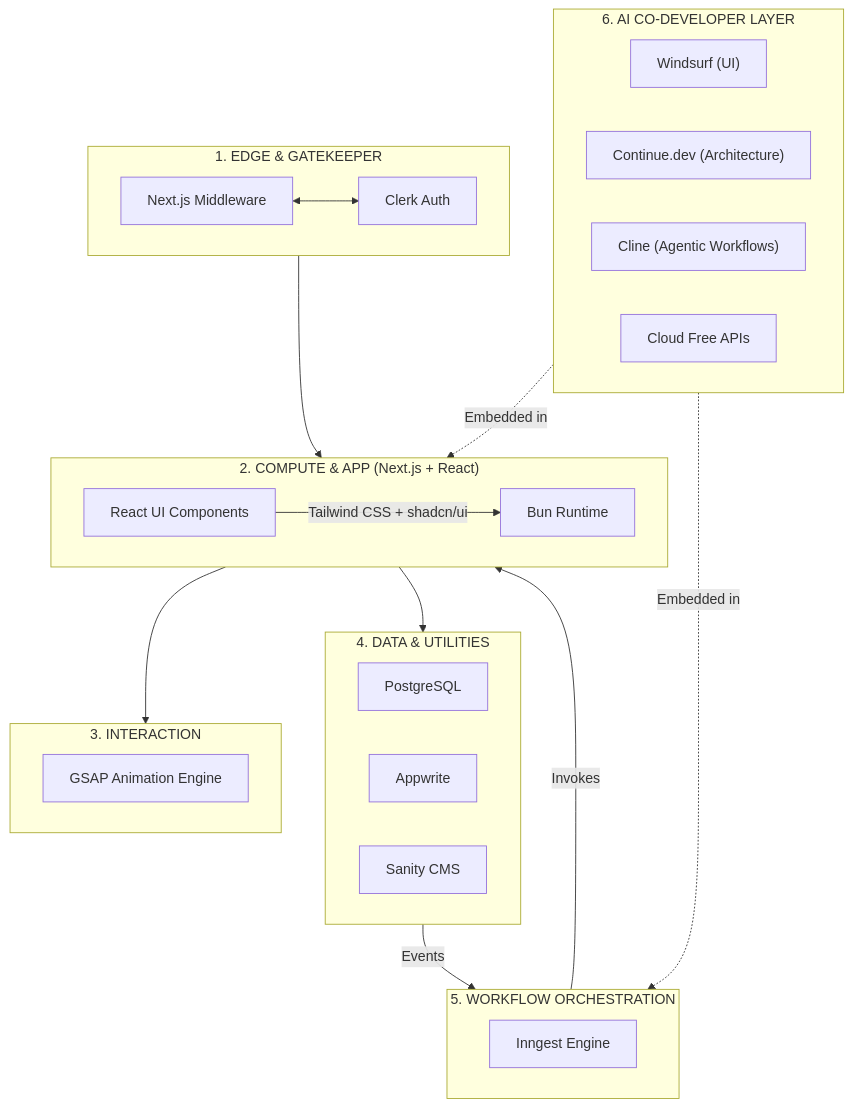
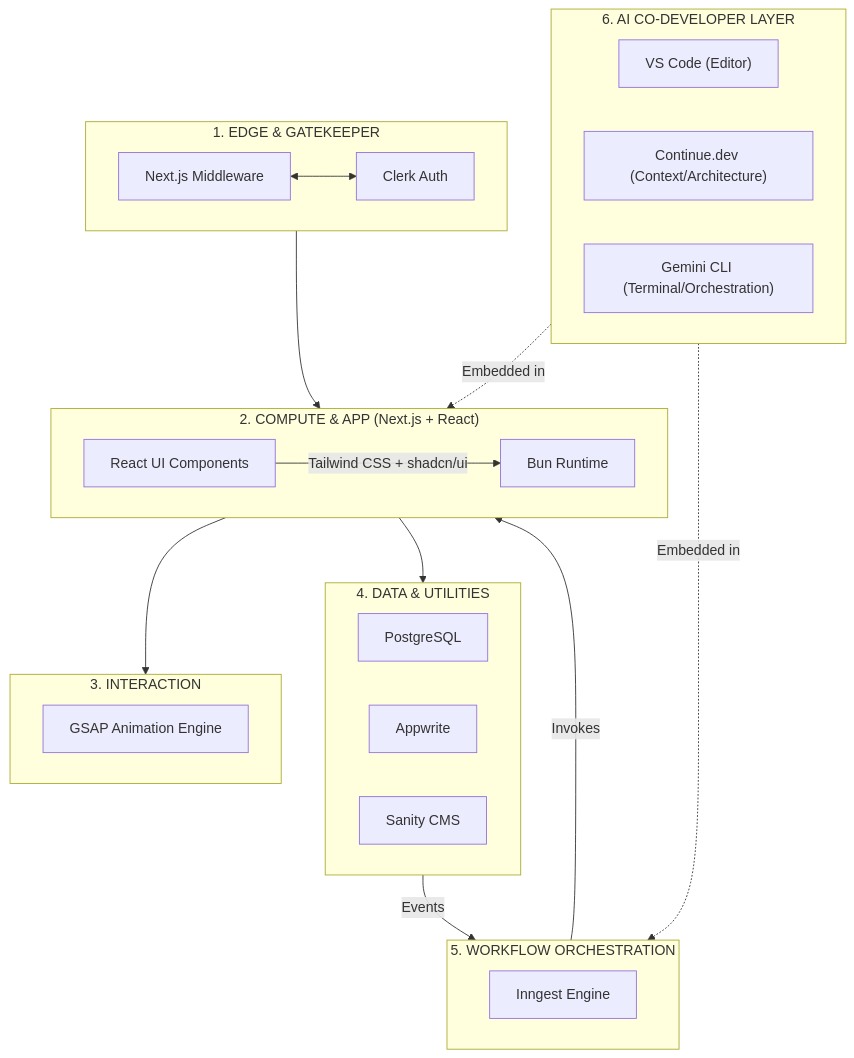
One commit to seanwhs/Plans changed the diagram in My-Tech-Stack.md. Above: the diagram before and after it, drawn with Mermaid. The commit also changed other lines of this file, not shown here.

````diff
--- a/My-Tech-Stack.md
+++ b/My-Tech-Stack.md
@@ -25,33 +47,32 @@
 ```mermaid
 flowchart TB
     subgraph EDGE["1. EDGE & GATEKEEPER"]
         M["Next.js Middleware"] <--> C["Clerk Auth"]
     end
     subgraph CL["2. COMPUTE & APP (Next.js + React)"]
         A["React UI Components"] -->|Tailwind CSS + shadcn/ui| B["Bun Runtime"]
     end
     subgraph MOTION["3. INTERACTION"]
         GS["GSAP Animation Engine"]
     end
     subgraph DATA["4. DATA & UTILITIES"]
         E["PostgreSQL"]
         D["Appwrite"]
         F["Sanity CMS"]
     end
     subgraph ORCH["5. WORKFLOW ORCHESTRATION"]
         G["Inngest Engine"]
     end
     subgraph AI["6. AI CO-DEVELOPER LAYER"]
-        W["Windsurf (UI)"]
-        Cont["Continue.dev (Architecture)"]
-        Cl["Cline (Agentic Workflows)"]
-        Cloud["Cloud Free APIs"]
+        VS["VS Code (Editor)"]
+        Cont["Continue.dev (Context/Architecture)"]
+        Gem["Gemini CLI (Terminal/Orchestration)"]
     end
     EDGE --> CL
     CL --> MOTION
     CL --> DATA
     DATA -->|"Events"| ORCH
     ORCH -->|"Invokes"| CL
     AI -.->|"Embedded in"| CL
     AI -.->|"Embedded in"| ORCH
 ```
````
